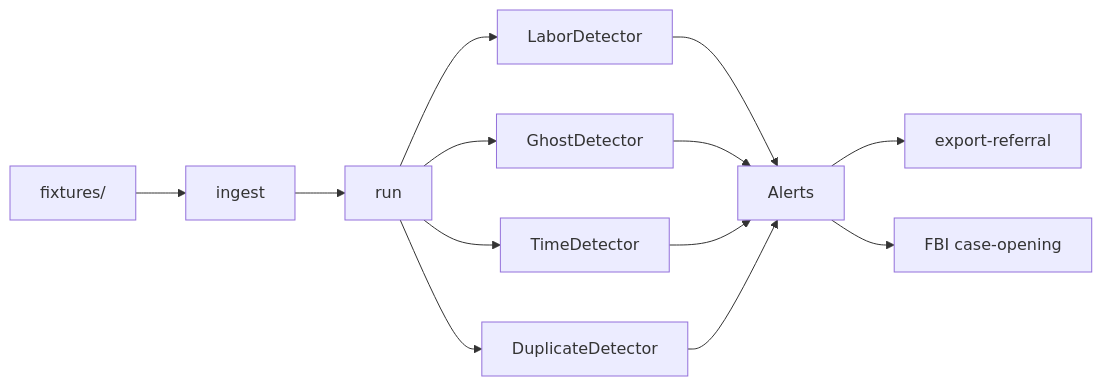
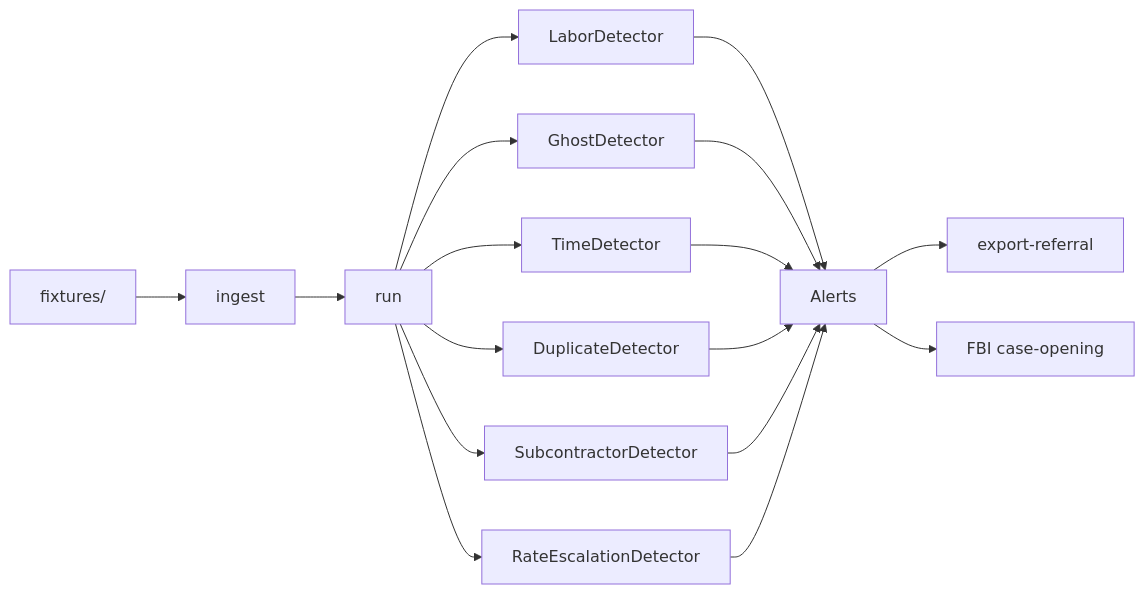
Before and after one commit to GotEmCoach/whyyoulying: the diagram in README.md, drawn with Mermaid. The commit also changed other lines of this file and 7 other files, not shown here.

````diff
--- a/README.md
+++ b/README.md
@@ -17,15 +17,19 @@
 ```mermaid
 flowchart LR
     Data[fixtures/] --> Ingest[ingest]
     Ingest --> Run[run]
     Run --> LD[LaborDetector]
     Run --> GD[GhostDetector]
     Run --> TD[TimeDetector]
     Run --> DD[DuplicateDetector]
+    Run --> SD[SubcontractorDetector]
+    Run --> RE[RateEscalationDetector]
     LD --> Alerts[Alerts]
     GD --> Alerts
     TD --> Alerts
     DD --> Alerts
+    SD --> Alerts
+    RE --> Alerts
     Alerts --> Export[export-referral]
     Alerts --> FBI[FBI case-opening]
 ```
````
